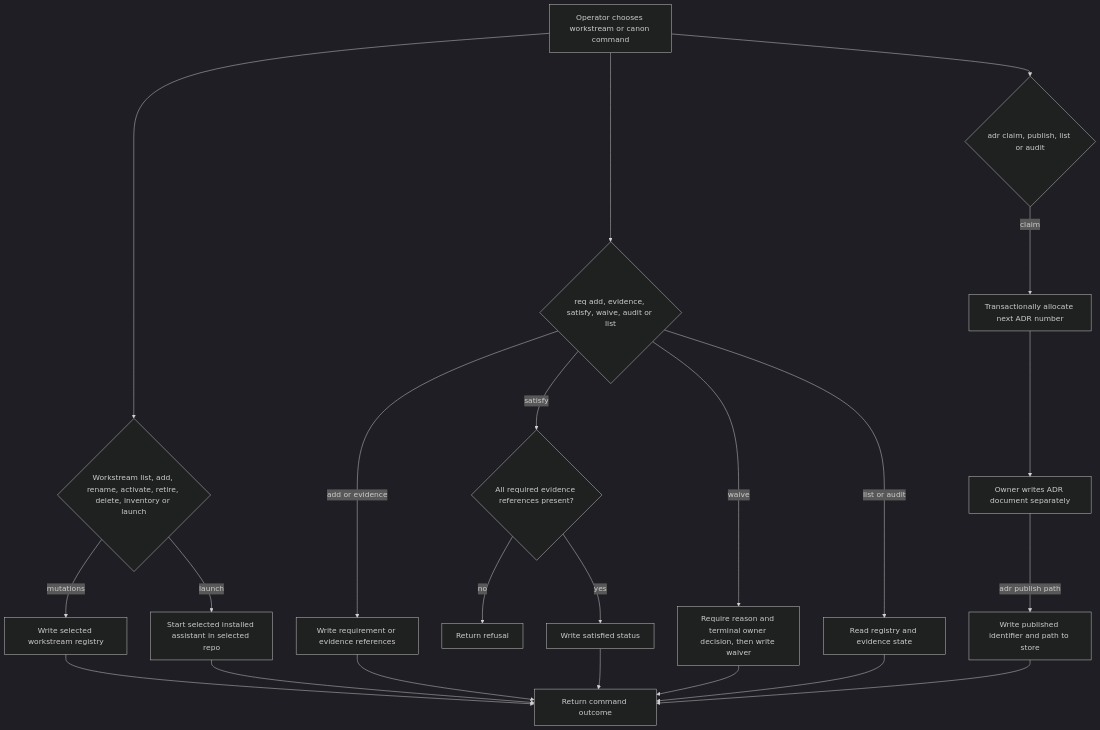
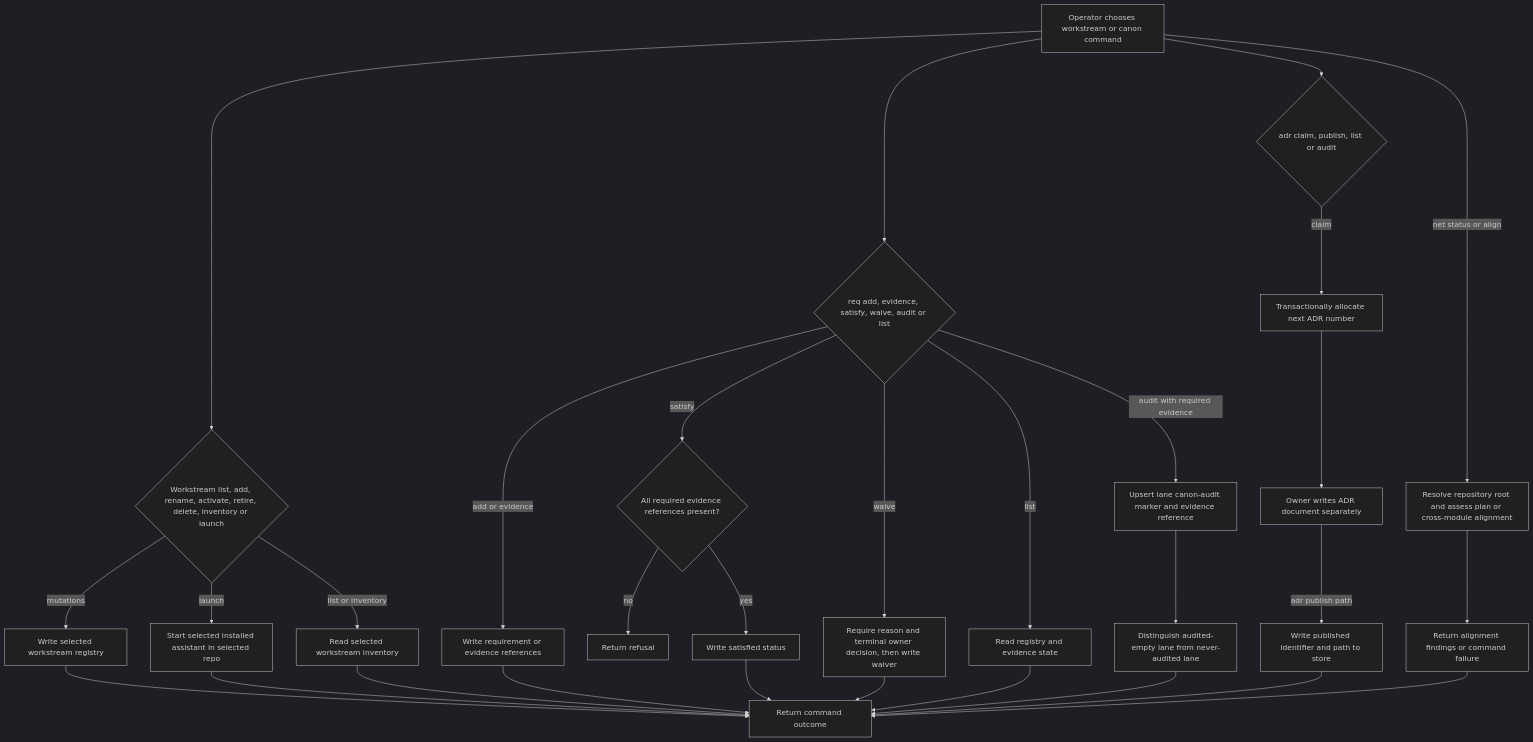
Diagram 22 of 45 in docs/stacklab/pantheon-pt/canon/DIAGRAMS_PRODUCT_OPERATIONS.md (SirsiMaster/sirsi-pantheon), drawn with Mermaid (dark theme) before and after one commit. The commit also changed other lines of this file, not shown here.

````diff
--- a/docs/stacklab/pantheon-pt/canon/DIAGRAMS_PRODUCT_OPERATIONS.md
+++ b/docs/stacklab/pantheon-pt/canon/DIAGRAMS_PRODUCT_OPERATIONS.md
@@ -623,24 +641,32 @@
 ```mermaid
 flowchart TD
   OP[Operator chooses workstream or canon command] --> WS{Workstream list, add, rename, activate, retire, delete, inventory or launch}
   WS -->|mutations| STORE[Write selected workstream registry]
   WS -->|launch| LAUNCH[Start selected installed assistant in selected repo]
   OP --> REQ{req add, evidence, satisfy, waive, audit or list}
   REQ -->|add or evidence| REQWRITE[Write requirement or evidence references]
   REQ -->|satisfy| CHECK{All required evidence references present?}
   CHECK -->|no| REFUSE[Return refusal]
   CHECK -->|yes| SAT[Write satisfied status]
   REQ -->|waive| WREQ[Require reason and terminal owner decision, then write waiver]
   OP --> ADR{adr claim, publish, list or audit}
   ADR -->|claim| ALLOC[Transactionally allocate next ADR number]
   ALLOC --> DOC[Owner writes ADR document separately]
   DOC -->|adr publish path| PUB[Write published identifier and path to store]
-  REQ -->|list or audit| READ[Read registry and evidence state]
+  REQ -->|list| READ[Read registry and evidence state]
+  REQ -->|audit with required evidence| AUDIT[Upsert lane canon-audit marker and evidence reference]
+  AUDIT --> AUDITOUT[Distinguish audited-empty lane from never-audited lane]
+  WS -->|list or inventory| WSREAD[Read selected workstream inventory]
+  OP -->|net status or align| NEITH[Resolve repository root and assess plan or cross-module alignment]
+  NEITH --> ALIGNOUT[Return alignment findings or command failure]
+  WSREAD --> OUT
+  AUDITOUT --> OUT
+  ALIGNOUT --> OUT
   STORE --> OUT[Return command outcome]
   LAUNCH --> OUT
   REQWRITE --> OUT
   SAT --> OUT
   WREQ --> OUT
   PUB --> OUT
   READ --> OUT
 ```
````
